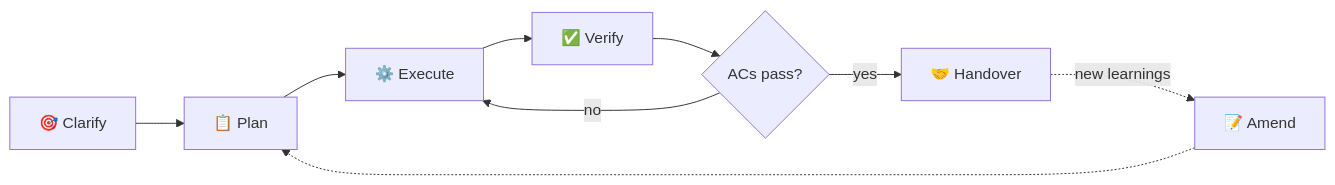
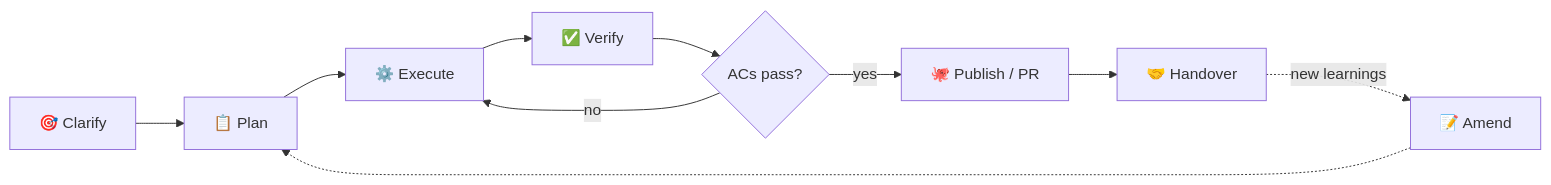
One commit to jeanclaudevibedan/open-scaffold changed the diagram in README.md. Above: the diagram before and after it, drawn with Mermaid. The commit also changed other lines of this file and 18 other files, not shown here.

````diff
--- a/README.md
+++ b/README.md
@@ -52,11 +77,12 @@
 ```mermaid
 flowchart LR
     A["🎯 Clarify"] --> B["📋 Plan"]
     B --> C["⚙️ Execute"]
     C --> D["✅ Verify"]
     D --> E{"ACs pass?"}
-    E -->|yes| F["🤝 Handover"]
+    E -->|yes| F["🐙 Publish / PR"]
     E -->|no| C
-    F -.->|"new learnings"| G["📝 Amend"]
+    F --> H["🤝 Handover"]
+    H -.->|"new learnings"| G["📝 Amend"]
     G -.-> B
 ```
````
